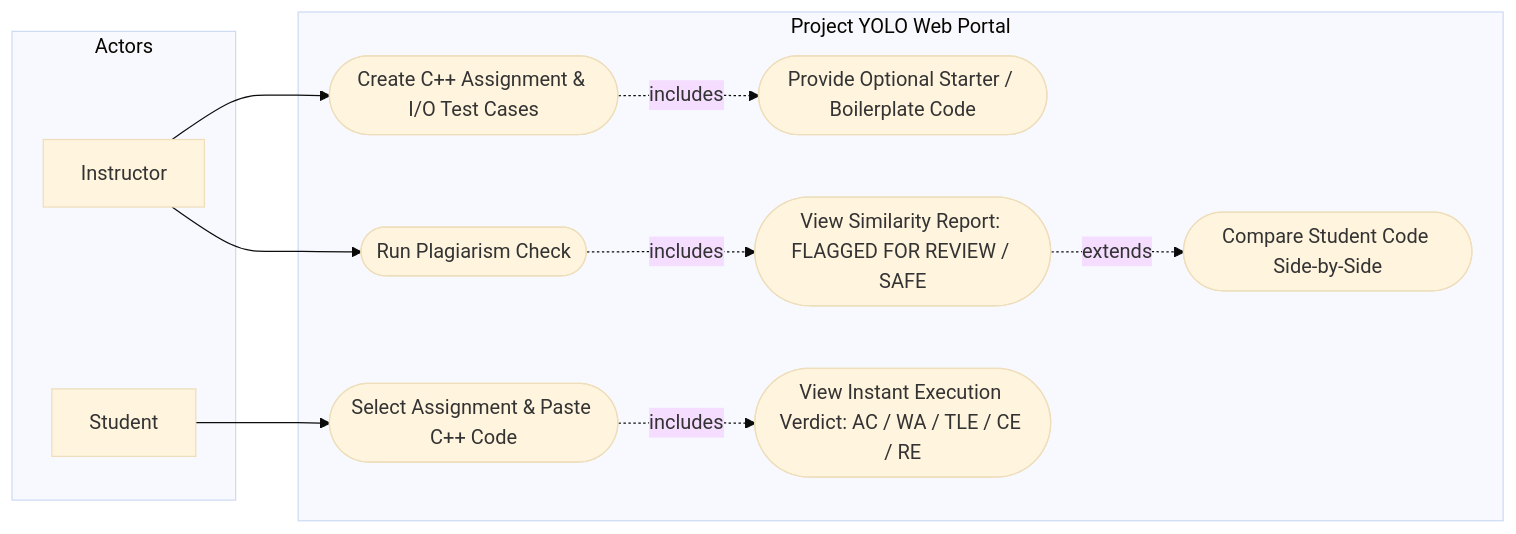
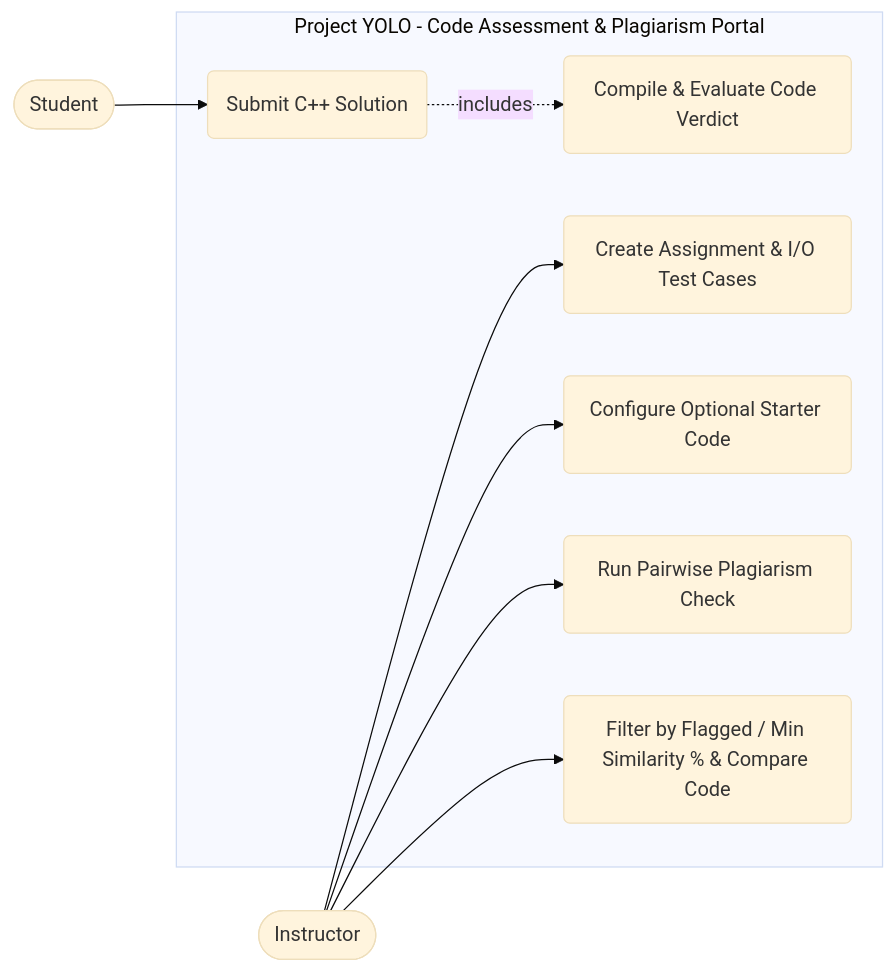
One commit to harjasbb07-eng/YOLO changed the first of 5 diagrams in docs/System_Design_Diagrams.md. Above: the diagram before and after it, drawn with Mermaid (base theme). The commit also changed other lines of this file and 2 other files, not shown here.

Commit message:
docs: align CFG complexity (V=9), tokenizer rules, winnow signature, and diagrams with code

````diff
--- a/docs/System_Design_Diagrams.md
+++ b/docs/System_Design_Diagrams.md
@@ -4,25 +4,21 @@
 ```mermaid
 flowchart LR
-    subgraph Actors
-        I[Instructor]
-        S[Student]
+    Instructor([Instructor])
+    Student([Student])
+
+    subgraph YOLO_System ["Project YOLO - Code Assessment & Plagiarism Portal"]
+        UC1("Create Assignment & I/O Test Cases")
+        UC2("Configure Optional Starter Code")
+        UC3("Submit C++ Solution")
+        UC4("Compile & Evaluate Code Verdict")
+        UC5("Run Pairwise Plagiarism Check")
+        UC6("Filter by Flagged / Min Similarity % & Compare Code")
     end
 
-    subgraph YOLO_Portal [Project YOLO Web Portal]
-        UC1([Create C++ Assignment & I/O Test Cases])
-        UC2([Provide Optional Starter / Boilerplate Code])
-        UC3([Run Plagiarism Check])
-        UC4([View Similarity Report: FLAGGED FOR REVIEW / SAFE])
-        UC5([Compare Student Code Side-by-Side])
-        UC6([Select Assignment & Paste C++ Code])
-        UC7([View Instant Execution Verdict: AC / WA / TLE / CE / RE])
-    end
-
-    I --> UC1
-    UC1 -.->|includes| UC2
-    I --> UC3
+    Instructor --> UC1
+    Instructor --> UC2
+    Instructor --> UC5
+    Instructor --> UC6
+    Student --> UC3
     UC3 -.->|includes| UC4
-    UC4 -.->|extends| UC5
-    S --> UC6
-    UC6 -.->|includes| UC7
 ```
````
